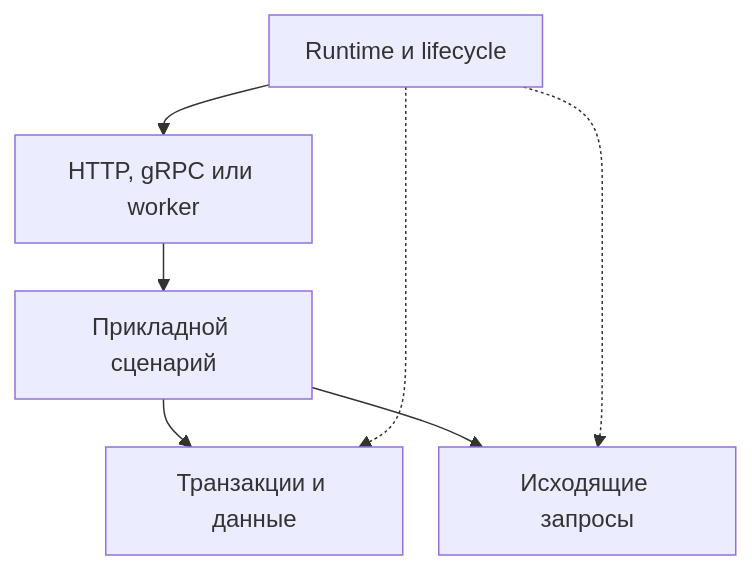
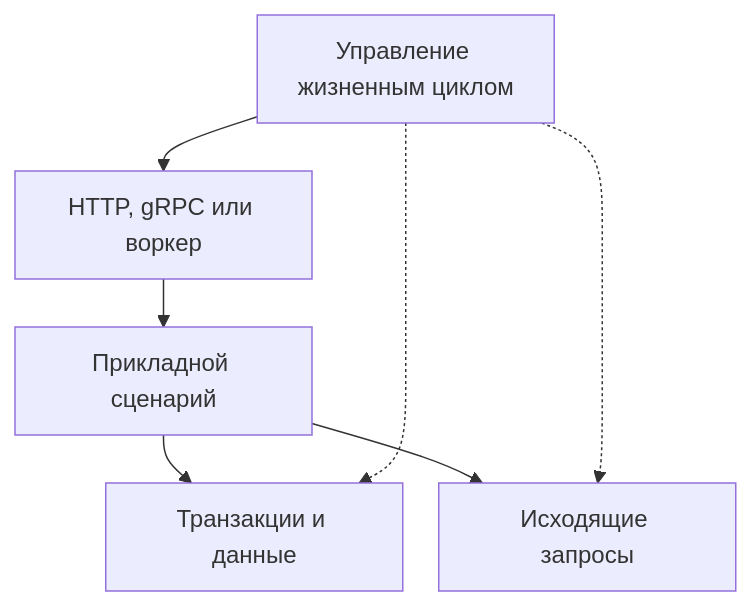
One commit to bedrock-python/bedrock-python.github.io changed the diagram in translations/ru/blog/posts/2026-09-13-why-bedrock-python-libraries.md. Above: the diagram before and after it, drawn with Mermaid. The commit also changed other lines of this file and 24 other files, not shown here.

````diff
--- a/translations/ru/blog/posts/2026-09-13-why-bedrock-python-libraries.md
+++ b/translations/ru/blog/posts/2026-09-13-why-bedrock-python-libraries.md
@@ -56,26 +56,26 @@
 ```mermaid
 ---
 config:
   theme: default
   look: classic
   flowchart:
     useMaxWidth: false
     wrappingWidth: 150
     padding: 12
     nodeSpacing: 24
     rankSpacing: 32
 ---
 flowchart TD
     accTitle: Приложение собирает нужные части
-    accDescr: Runtime управляет временем жизни ресурсов. Прикладной сценарий использует нужные клиенты и хранилища, сохраняя бизнес-правила в сервисе.
-    A["Runtime и lifecycle"]
-    B["HTTP, gRPC или worker"]
+    accDescr: Общий runtime создаёт и закрывает ресурсы. Обработчики используют нужные клиенты и хранилища, а бизнес-правила остаются в сервисе.
+    A["Управление жизненным циклом"]
+    B["HTTP, gRPC или воркер"]
     C["Прикладной сценарий"]
     D["Транзакции и данные"]
     E["Исходящие запросы"]
     A --> B --> C
     C --> D
     C --> E
     A -.-> D
     A -.-> E
 ```
````
